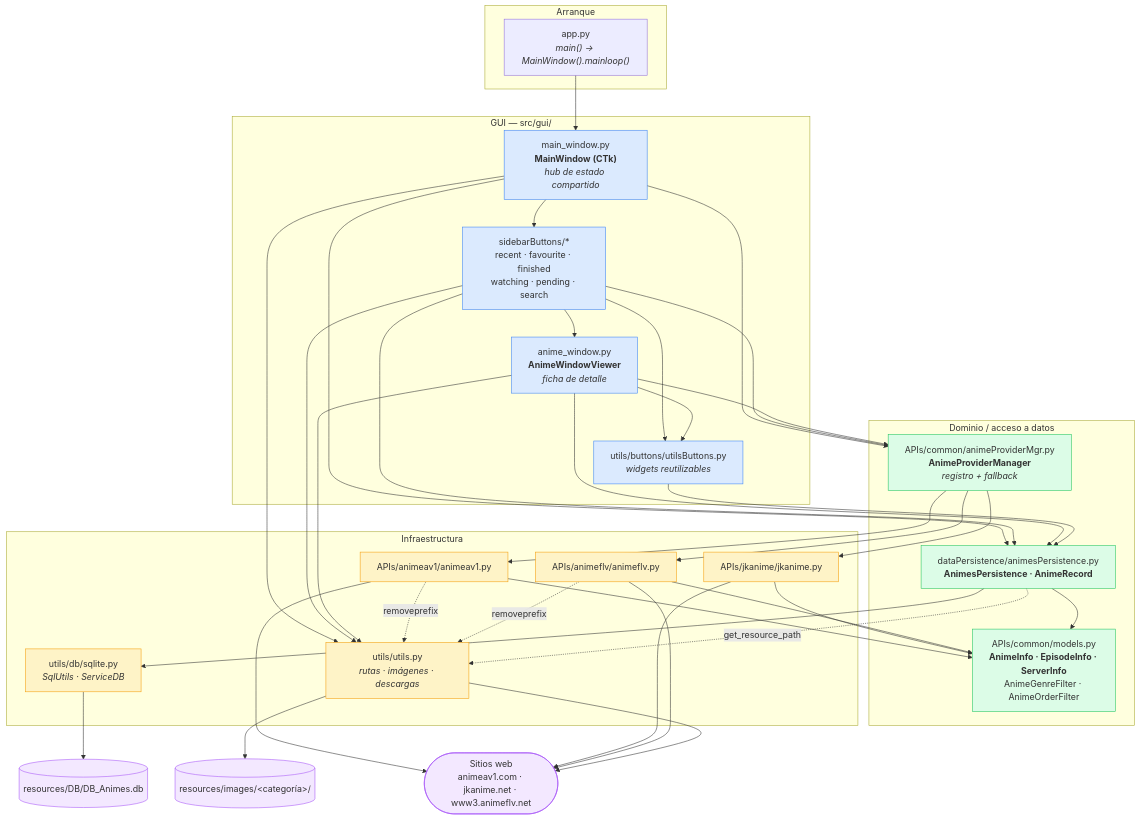
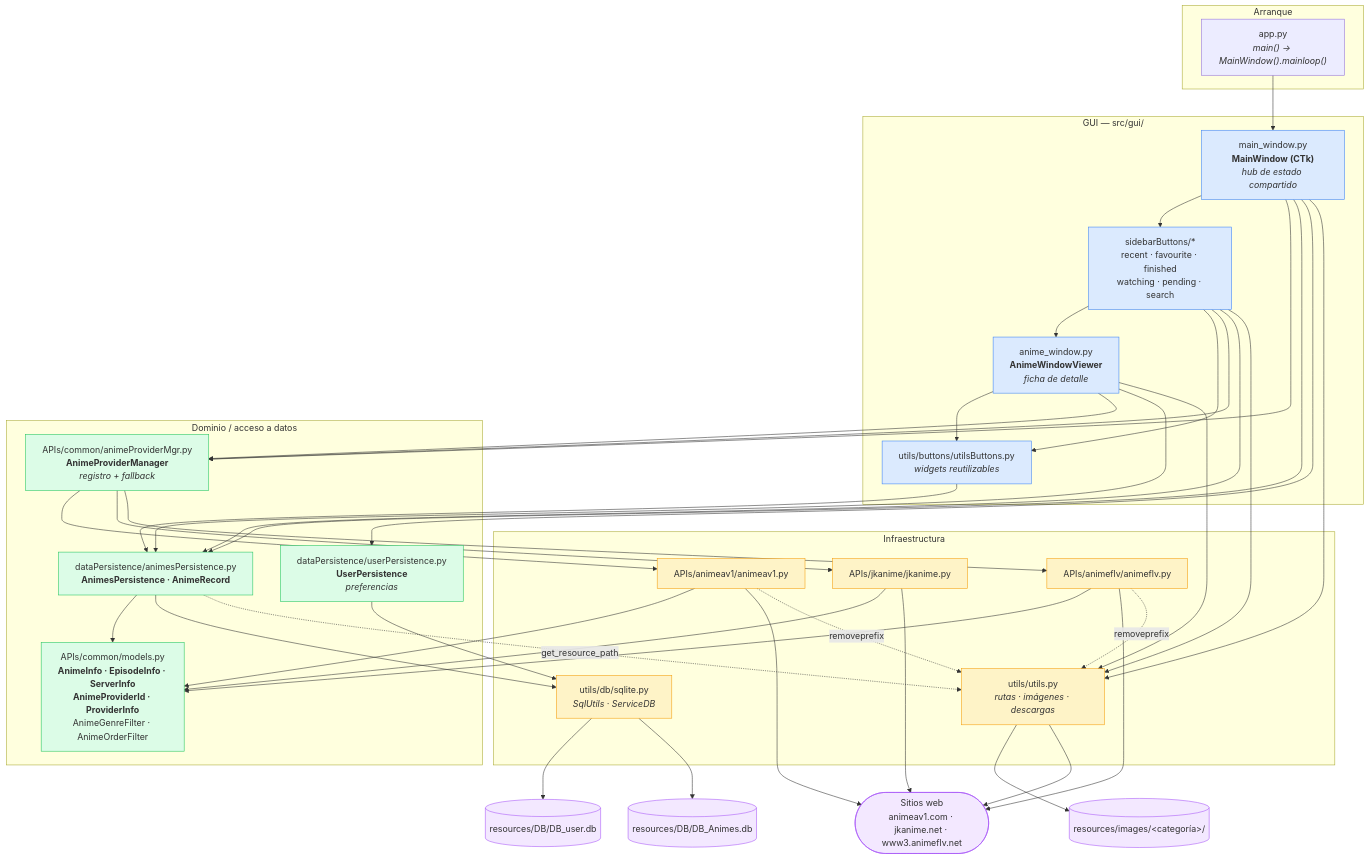
Before and after one commit to DavidEscri/BibliotecaAnime: the diagram in .claude/docs/01-arquitectura.md, drawn with Mermaid. The commit also changed other lines of this file and 15 other files, not shown here.

````diff
--- a/.claude/docs/01-arquitectura.md
+++ b/.claude/docs/01-arquitectura.md
@@ -15,73 +15,78 @@
 ```mermaid
 graph TD
     subgraph L0["Arranque"]
         APP["app.py<br/><i>main() → MainWindow().mainloop()</i>"]
     end
 
     subgraph L1["GUI — src/gui/"]
         MW["main_window.py<br/><b>MainWindow (CTk)</b><br/><i>hub de estado compartido</i>"]
         VIEWS["sidebarButtons/*<br/>recent · favourite · finished<br/>watching · pending · search"]
         AW["anime_window.py<br/><b>AnimeWindowViewer</b><br/><i>ficha de detalle</i>"]
         BTN["utils/buttons/utilsButtons.py<br/><i>widgets reutilizables</i>"]
     end
 
     subgraph L2["Dominio / acceso a datos"]
         MGR["APIs/common/animeProviderMgr.py<br/><b>AnimeProviderManager</b><br/><i>registro + fallback</i>"]
-        MODELS["APIs/common/models.py<br/><b>AnimeInfo · EpisodeInfo · ServerInfo</b><br/>AnimeGenreFilter · AnimeOrderFilter"]
+        MODELS["APIs/common/models.py<br/><b>AnimeInfo · EpisodeInfo · ServerInfo</b><br/><b>AnimeProviderId · ProviderInfo</b><br/>AnimeGenreFilter · AnimeOrderFilter"]
         PERS["dataPersistence/animesPersistence.py<br/><b>AnimesPersistence · AnimeRecord</b>"]
+        UPERS["dataPersistence/userPersistence.py<br/><b>UserPersistence</b><br/><i>preferencias</i>"]
     end
 
     subgraph L3["Infraestructura"]
         AV1["APIs/animeav1/animeav1.py"]
         JK["APIs/jkanime/jkanime.py"]
         FLV["APIs/animeflv/animeflv.py"]
         SQL["utils/db/sqlite.py<br/><i>SqlUtils · ServiceDB</i>"]
         UTL["utils/utils.py<br/><i>rutas · imágenes · descargas</i>"]
     end
 
     NET(["Sitios web<br/>animeav1.com · jkanime.net · www3.animeflv.net"])
     DB[("resources/DB/DB_Animes.db")]
+    UDB[("resources/DB/DB_user.db")]
     FS[("resources/images/&lt;categoría&gt;/")]
 
     APP --> MW
     MW --> VIEWS
     VIEWS --> AW
     VIEWS --> BTN
     AW --> BTN
     MW --> MGR
     VIEWS --> MGR
     AW --> MGR
     MW --> PERS
+    MW --> UPERS
+    UPERS --> SQL
+    SQL --> UDB
     VIEWS --> PERS
     AW --> PERS
     BTN --> PERS
     MGR --> AV1
     MGR --> JK
     MGR --> FLV
     AV1 --> MODELS
     JK --> MODELS
     FLV --> MODELS
     PERS --> MODELS
     PERS --> SQL
     AV1 --> NET
     JK --> NET
     FLV --> NET
     SQL --> DB
     UTL --> FS
     UTL --> NET
     MW --> UTL
     VIEWS --> UTL
     AW --> UTL
     AV1 -.->|removeprefix| UTL
     FLV -.->|removeprefix| UTL
     PERS -.->|get_resource_path| UTL
 
     classDef gui fill:#dbeafe,stroke:#3b82f6
     classDef dom fill:#dcfce7,stroke:#22c55e
     classDef inf fill:#fef3c7,stroke:#f59e0b
     classDef ext fill:#f3e8ff,stroke:#a855f7
     class MW,VIEWS,AW,BTN gui
-    class MGR,MODELS,PERS dom
+    class MGR,MODELS,PERS,UPERS dom
     class AV1,JK,FLV,SQL,UTL inf
-    class NET,DB,FS ext
+    class NET,DB,UDB,FS ext
 ```
````
